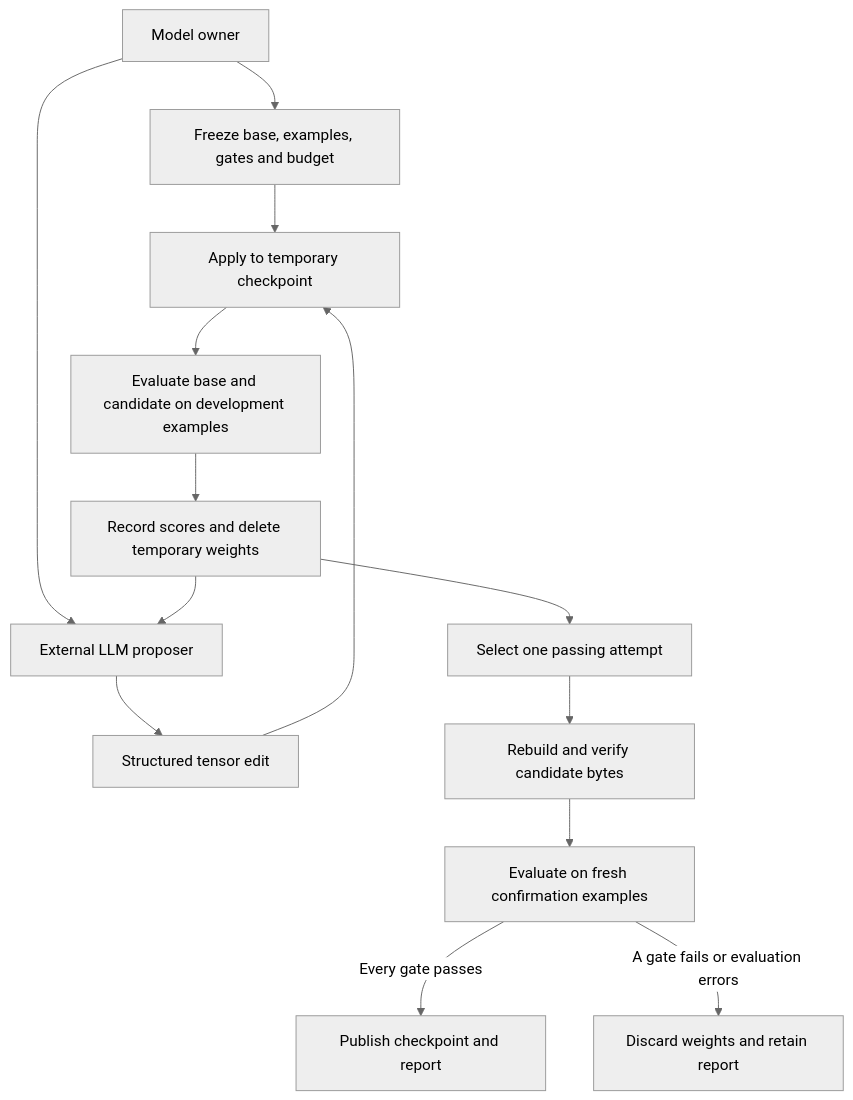
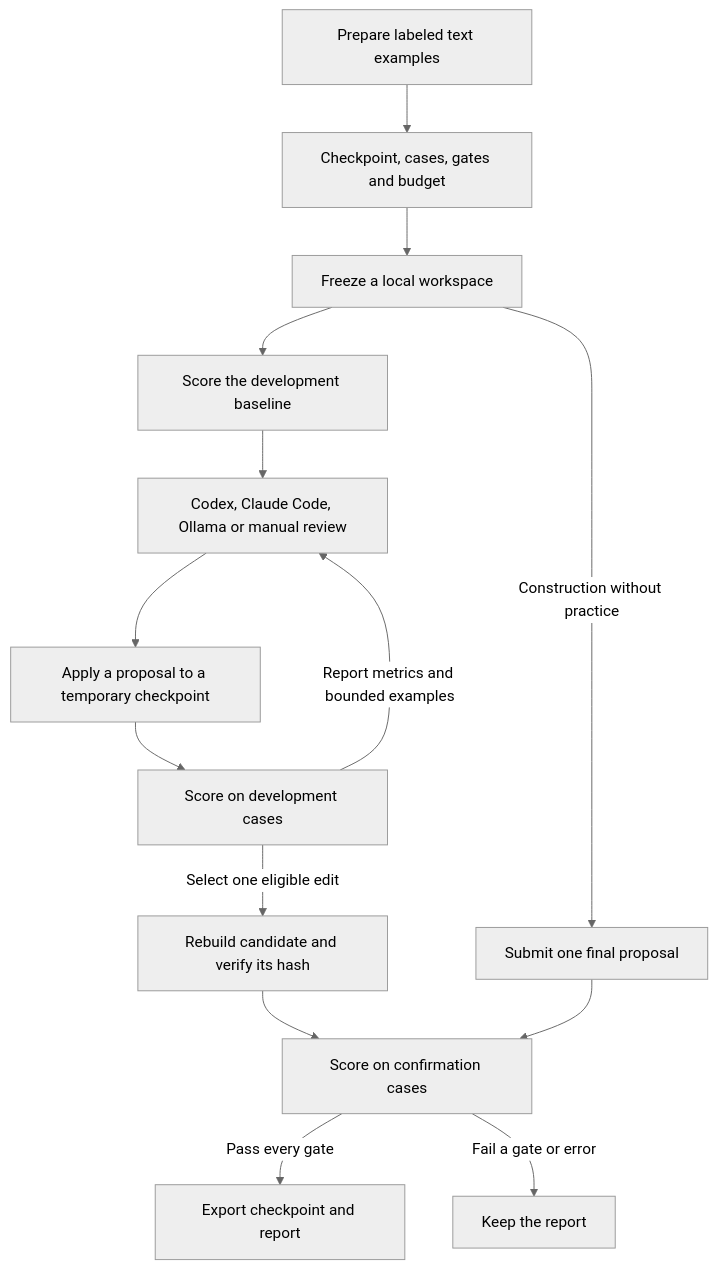
One commit to midhunxavier/auto-weight changed the diagram in docs/03-architecture.md. Above: the diagram before and after it, drawn with Mermaid (neutral theme). The commit also changed other lines of this file and 9 other files, not shown here.

Commit message:
Expand weight-space examples and document replay results (#6)

````diff
--- a/docs/03-architecture.md
+++ b/docs/03-architecture.md
@@ -3,16 +5,16 @@
 ```mermaid
 flowchart TD
-    Owner["Model owner"] --> Issue["Freeze base, examples, gates and budget"]
-    Owner --> LLM["External LLM proposer"]
-    LLM --> Proposal["Structured tensor edit"]
-    Issue --> Trial["Apply to temporary checkpoint"]
-    Proposal --> Trial
-    Trial --> Dev["Evaluate base and candidate on development examples"]
-    Dev --> Report["Record scores and delete temporary weights"]
-    Report --> LLM
-    Report --> Selection["Select one passing attempt"]
-    Selection --> Replay["Rebuild and verify candidate bytes"]
-    Replay --> Confirm["Evaluate on fresh confirmation examples"]
-    Confirm -->|Every gate passes| Export["Publish checkpoint and report"]
-    Confirm -->|A gate fails or evaluation errors| Discard["Discard weights and retain report"]
+    Inputs["Checkpoint, cases, gates and budget"] --> Freeze["Freeze a local workspace"]
+    Prepare["Prepare labeled text examples"] --> Inputs
+    Freeze --> Baseline["Score the development baseline"]
+    Baseline --> Proposer["Codex, Claude Code, Ollama or manual review"]
+    Proposer --> Trial["Apply a proposal to a temporary checkpoint"]
+    Trial --> Dev["Score on development cases"]
+    Dev -->|"Report metrics and bounded examples"| Proposer
+    Dev -->|"Select one eligible edit"| Replay["Rebuild candidate and verify its hash"]
+    Freeze -->|"Construction without practice"| Submit["Submit one final proposal"]
+    Replay --> Confirm["Score on confirmation cases"]
+    Submit --> Confirm
+    Confirm -->|"Pass every gate"| Export["Export checkpoint and report"]
+    Confirm -->|"Fail a gate or error"| Report["Keep the report"]
 ```
````
